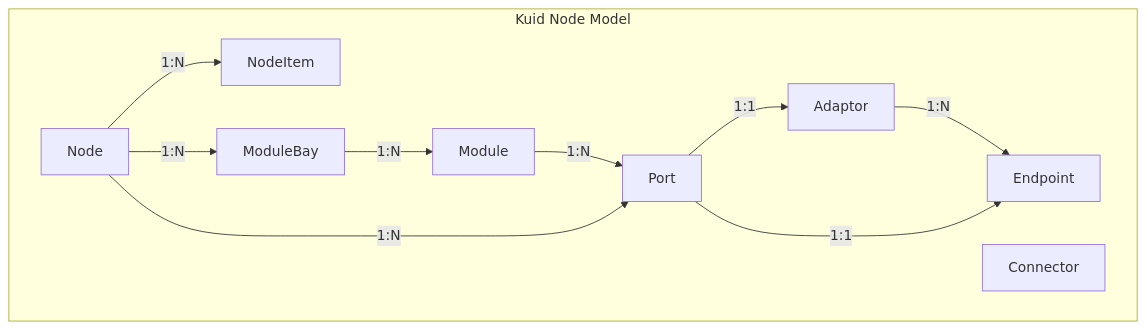
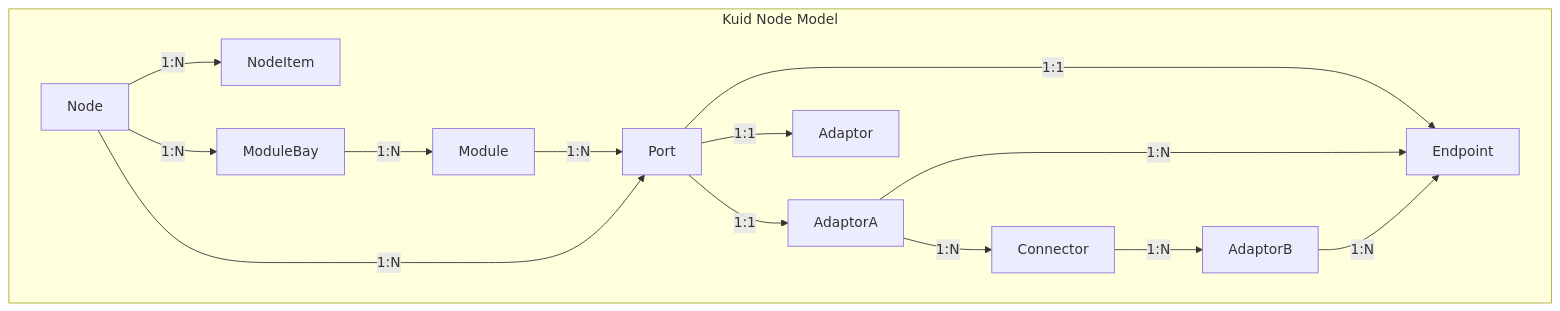
Before and after one commit to kuidio/docs: the second of 3 diagrams in docs/02-resources/02-inventory/01_about.md, drawn with Mermaid. The commit also changed 1 other file, not shown here.

Commit message:
updated inventory

````diff
--- a/docs/02-resources/02-inventory/01_about.md
+++ b/docs/02-resources/02-inventory/01_about.md
@@ -38,20 +38,25 @@
 ```mermaid
 graph TD;
     subgraph "Kuid Node Model"
         Node
         NodeItem;
         ModuleBay;
         Module;
         Port;
         Connector;
-        Adaptor;
+        AdaptorA;
+        AdaptorB;
         Node --> |1:N| NodeItem;
         Node --> |1:N| ModuleBay;
         ModuleBay --> |1:N| Module;
         Module --> |1:N| Port;
         Node --> |1:N| Port;
+        Port --> |1:1| Endpoint;
+        Port --> |1:1| AdaptorA;
+        AdaptorA --> |1:N| Endpoint;
         Port --> |1:1| Adaptor;
-        Adaptor --> |1:N| Endpoint;
-        Port --> |1:1| Endpoint;
+        AdaptorA --> |1:N| Connector;
+        Connector --> |1:N| AdaptorB;
+        AdaptorB --> |1:N| Endpoint;
     end
 ```
````
